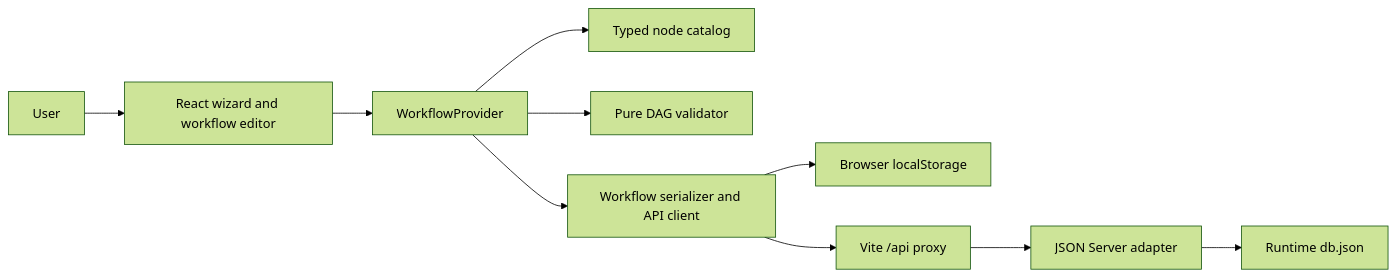
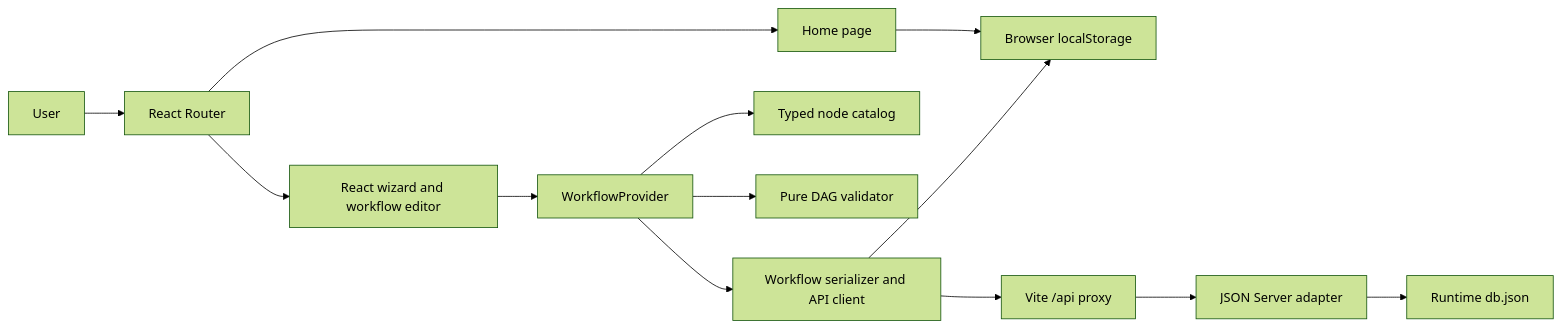
The diagram in docs/01-system-overview.md (alezemelo/Baited), drawn with Mermaid (forest theme) before and after one commit. The commit also changed other lines of this file and 38 other files, not shown here.

````diff
--- a/docs/01-system-overview.md
+++ b/docs/01-system-overview.md
@@ -15,12 +15,15 @@
 ```mermaid
 flowchart LR
-  User["User"] --> Wizard["React wizard and workflow editor"]
+  User["User"] --> Router["React Router"]
+  Router --> Home["Home page"]
+  Router --> Wizard["React wizard and workflow editor"]
+  Home --> Storage
   Wizard --> Provider["WorkflowProvider"]
   Provider --> Catalog["Typed node catalog"]
   Provider --> Validator["Pure DAG validator"]
   Provider --> Client["Workflow serializer and API client"]
   Client --> Storage["Browser localStorage"]
   Client --> Proxy["Vite /api proxy"]
   Proxy --> Server["JSON Server adapter"]
   Server --> Database["Runtime db.json"]
 ```
````
